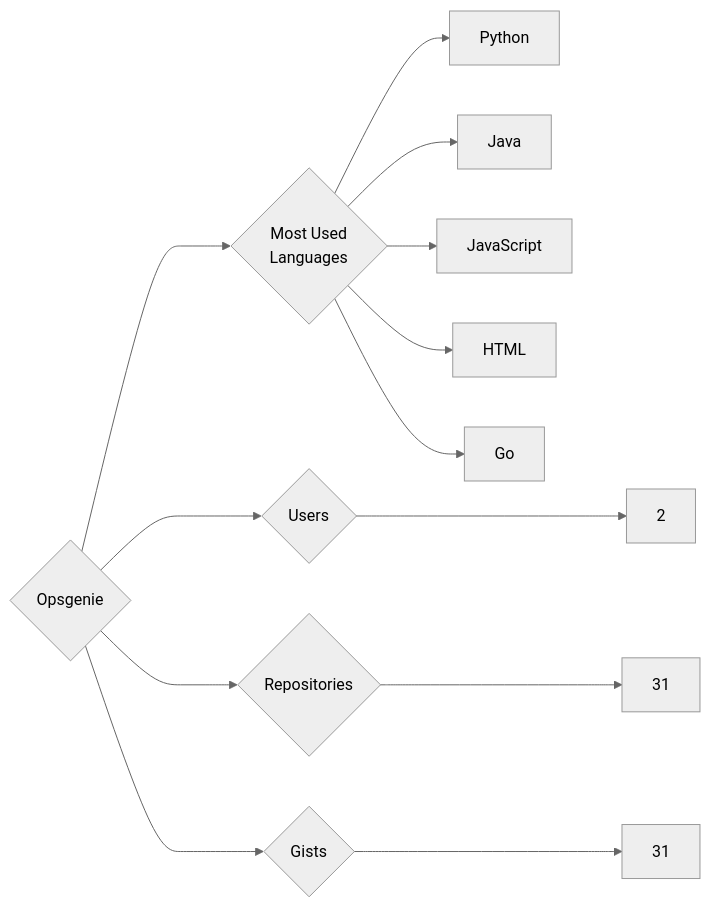
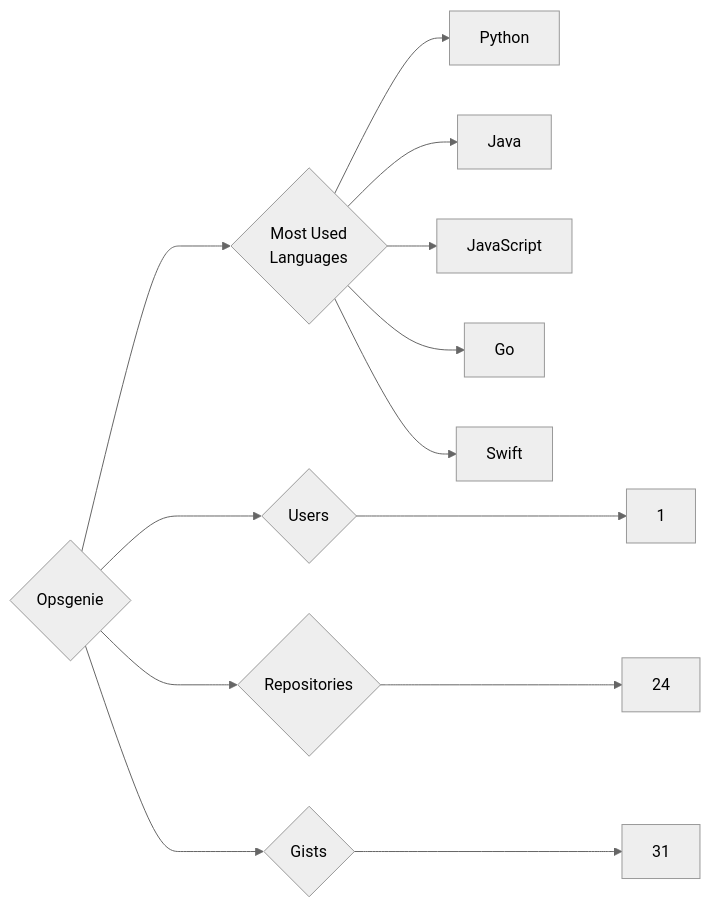
The diagram in targets/Opsgenie/README.md (trickest/insiders), drawn with Mermaid (neutral theme) before and after one commit. The commit also changed 928 other files, not shown here.

````diff
--- a/targets/Opsgenie/README.md
+++ b/targets/Opsgenie/README.md
@@ -3,13 +3,13 @@
 ```mermaid
 graph LR
 COMPANY_NAME{Opsgenie}
-COMPANY_NAME ---> U{Users} ---> UN[2]
-COMPANY_NAME ---> R{Repositories} ---> RN[31]
+COMPANY_NAME ---> U{Users} ---> UN[1]
+COMPANY_NAME ---> R{Repositories} ---> RN[24]
 COMPANY_NAME ---> G{Gists} ---> GN[31]
 COMPANY_NAME ---> ML{Most Used<br>Languages}
 ML --> Python[Python]
 ML --> Java[Java]
 ML --> JavaScript[JavaScript]
-ML --> HTML[HTML]
 ML --> Go[Go]
+ML --> Swift[Swift]
 ```
````
